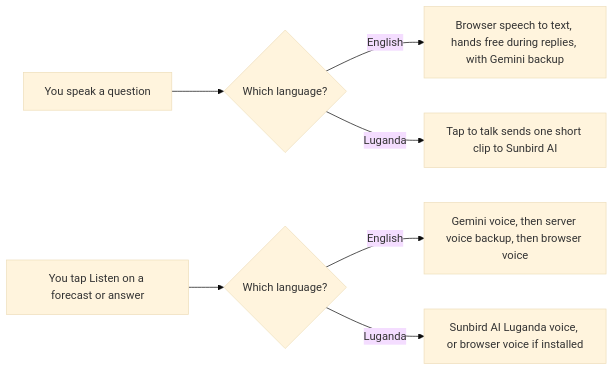
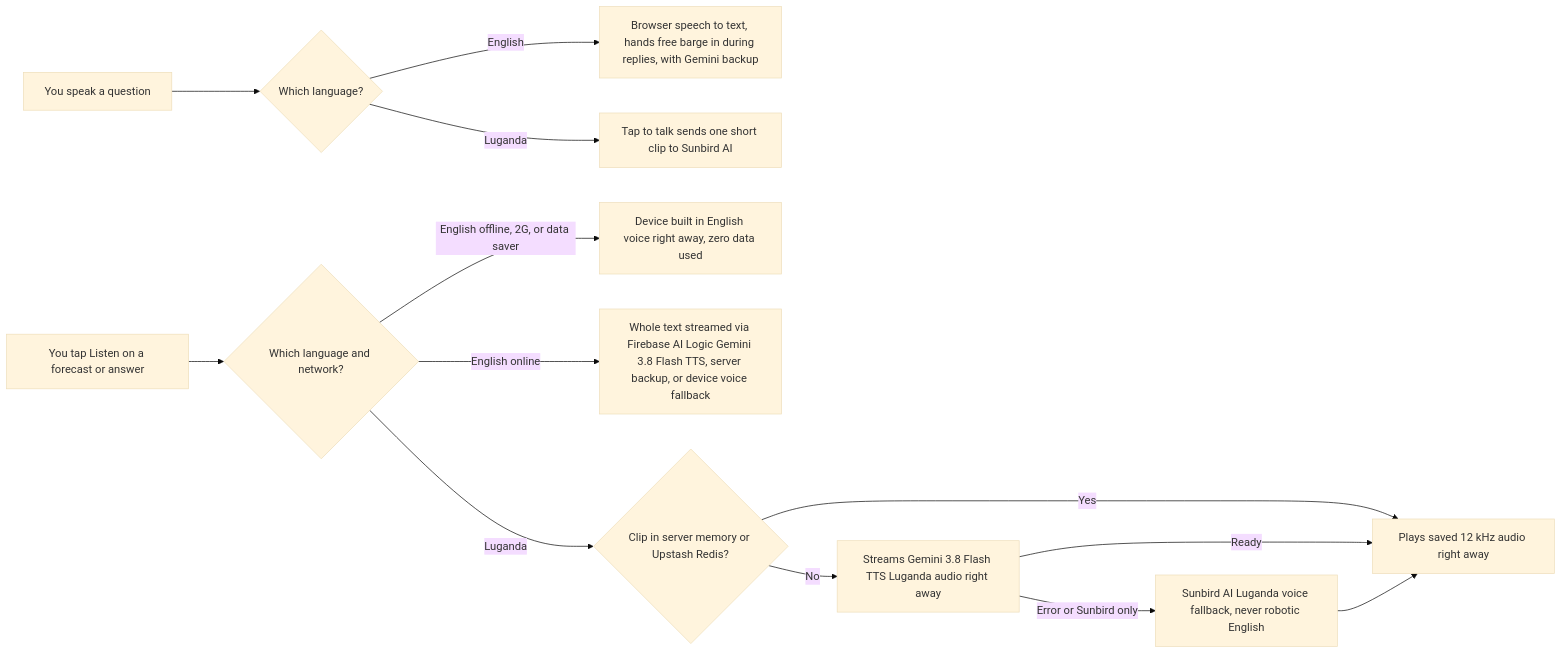
The third of 3 diagrams in README.md (MarkDanielsMCraft/Uganda-Weather-Hybrid), drawn with Mermaid (base theme) before and after one commit. The commit also changed other lines of this file and 78 other files, not shown here.

Commit message:
Stream whole-text Gemini speech, unify Luganda forecast parity, and support instant voice barge-in with phonetic district matching

````diff
--- a/README.md
+++ b/README.md
@@ -130,9 +130,15 @@
 ```mermaid
 flowchart LR
   Speak["You speak a question"] --> SpeakLang{"Which language?"}
-  SpeakLang -->|"English"| EngMic["Browser speech to text, hands free during replies, with Gemini backup"]
+  SpeakLang -->|"English"| EngMic["Browser speech to text, hands free barge in during replies, with Gemini backup"]
   SpeakLang -->|"Luganda"| LugMic["Tap to talk sends one short clip to Sunbird AI"]
-  Listen["You tap Listen on a forecast or answer"] --> ListenLang{"Which language?"}
-  ListenLang -->|"English"| EngVoice["Gemini voice, then server voice backup, then browser voice"]
-  ListenLang -->|"Luganda"| LugVoice["Sunbird AI Luganda voice, or browser voice if installed"]
+  Listen["You tap Listen on a forecast or answer"] --> ListenLang{"Which language and network?"}
+  ListenLang -->|"English offline, 2G, or data saver"| PhoneVoice["Device built in English voice right away, zero data used"]
+  ListenLang -->|"English online"| EngVoice["Whole text streamed via Firebase AI Logic Gemini 3.8 Flash TTS, server backup, or device voice fallback"]
+  ListenLang -->|"Luganda"| ServerCache{"Clip in server memory or Upstash Redis?"}
+  ServerCache -->|"Yes"| PlayLg["Plays saved 12 kHz audio right away"]
+  ServerCache -->|"No"| LugPrimary["Streams Gemini 3.8 Flash TTS Luganda audio right away"]
+  LugPrimary -->|"Ready"| PlayLg
+  LugPrimary -->|"Error or Sunbird only"| LugBackup["Sunbird AI Luganda voice fallback, never robotic English"]
+  LugBackup --> PlayLg
 ```
````
